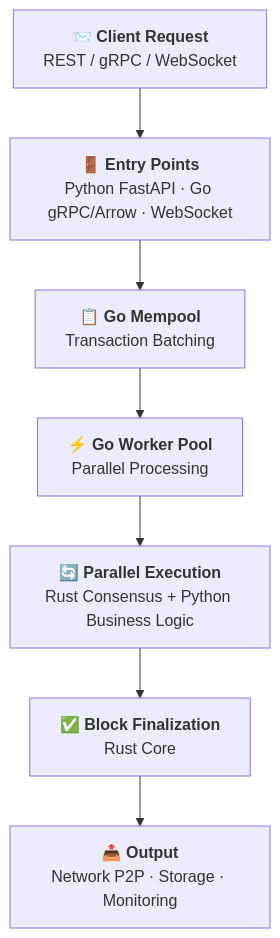
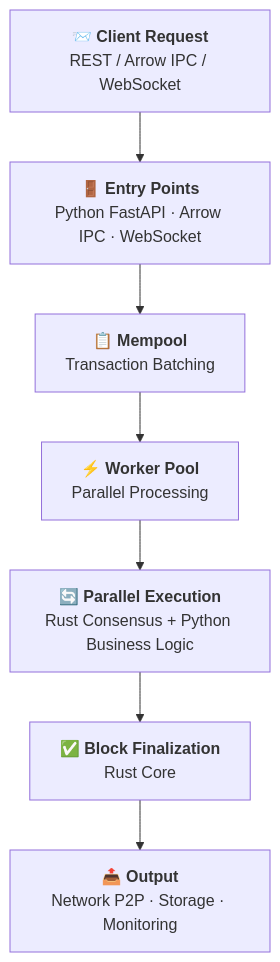
Before and after one commit to VanDung-dev/HieraChain: the sixth of 14 diagrams in ARCHITECTURE.md, drawn with Mermaid. The commit also changed other lines of this file and 2 other files, not shown here.

````diff
--- a/ARCHITECTURE.md
+++ b/ARCHITECTURE.md
@@ -250,18 +204,18 @@
 ```mermaid
 flowchart TB
-    CR["📨 <b>Client Request</b><br/>REST / gRPC / WebSocket"]
+    CR["📨 <b>Client Request</b><br/>REST / Arrow IPC / WebSocket"]
     
-    EP["🚪 <b>Entry Points</b><br/>Python FastAPI · Go gRPC/Arrow · WebSocket"]
+    EP["🚪 <b>Entry Points</b><br/>Python FastAPI · Arrow IPC · WebSocket"]
     
-    MP["📋 <b>Go Mempool</b><br/>Transaction Batching"]
+    MP["📋 <b>Mempool</b><br/>Transaction Batching"]
     
-    WP["⚡ <b>Go Worker Pool</b><br/>Parallel Processing"]
+    WP["⚡ <b>Worker Pool</b><br/>Parallel Processing"]
     
     EX["🔄 <b>Parallel Execution</b><br/>Rust Consensus + Python Business Logic"]
     
     BF["✅ <b>Block Finalization</b><br/>Rust Core"]
     
     OUT["📤 <b>Output</b><br/>Network P2P · Storage · Monitoring"]
 
     CR --> EP --> MP --> WP --> EX --> BF --> OUT
 ```
````
